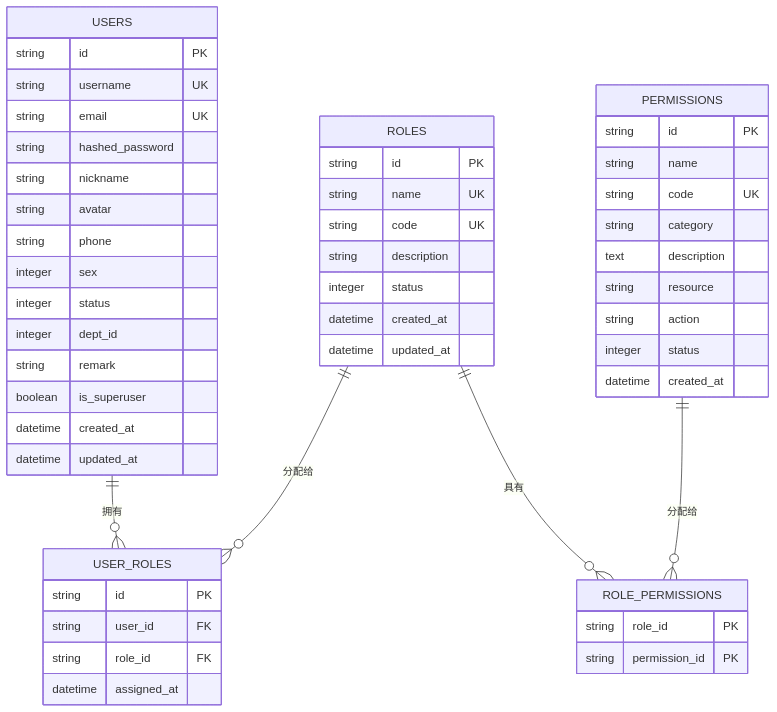
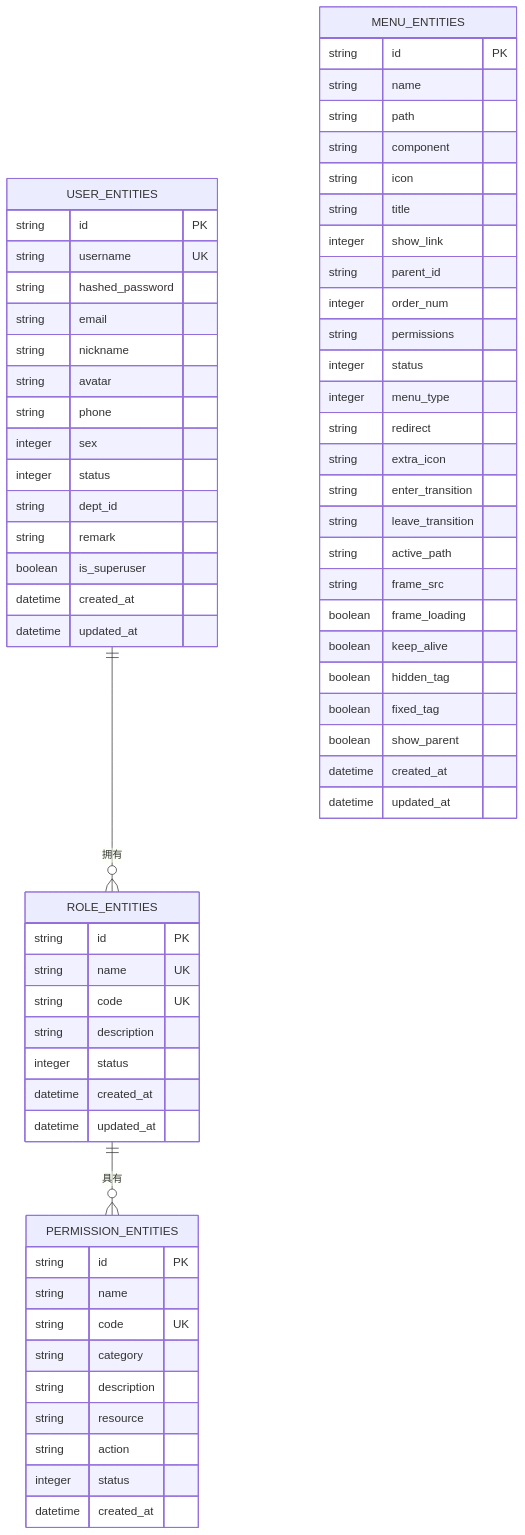
Before and after one commit to taoweidong/Hello-FastApi: the fifth of 6 diagrams in .qoder/repowiki/zh/content/用户管理系统/用户模型设计.md, drawn with Mermaid. The commit also changed other lines of this file and 18 other files, not shown here.

````diff
--- a/.qoder/repowiki/zh/content/用户管理系统/用户模型设计.md
+++ b/.qoder/repowiki/zh/content/用户管理系统/用户模型设计.md
@@ -256,53 +296,68 @@
 ```mermaid
 erDiagram
-USERS {
+USER_ENTITIES {
 string id PK
 string username UK
-string email UK
 string hashed_password
+string email
 string nickname
 string avatar
 string phone
 integer sex
 integer status
-integer dept_id
+string dept_id
 string remark
 boolean is_superuser
 datetime created_at
 datetime updated_at
 }
-ROLES {
+ROLE_ENTITIES {
 string id PK
 string name UK
 string code UK
 string description
 integer status
 datetime created_at
 datetime updated_at
 }
-PERMISSIONS {
+PERMISSION_ENTITIES {
 string id PK
 string name
 string code UK
 string category
-text description
+string description
 string resource
 string action
 integer status
 datetime created_at
 }
-USER_ROLES {
+MENU_ENTITIES {
 string id PK
-string user_id FK
-string role_id FK
-datetime assigned_at
+string name
+string path
+string component
+string icon
+string title
+integer show_link
+string parent_id
+integer order_num
+string permissions
+integer status
+integer menu_type
+string redirect
+string extra_icon
+string enter_transition
+string leave_transition
+string active_path
+string frame_src
+boolean frame_loading
+boolean keep_alive
+boolean hidden_tag
+boolean fixed_tag
+boolean show_parent
+datetime created_at
+datetime updated_at
 }
-ROLE_PERMISSIONS {
-string role_id PK
-string permission_id PK
-}
-USERS ||--o{ USER_ROLES : "拥有"
-ROLES ||--o{ USER_ROLES : "分配给"
-ROLES ||--o{ ROLE_PERMISSIONS : "具有"
-PERMISSIONS ||--o{ ROLE_PERMISSIONS : "分配给"
+USER_ENTITIES ||--o{ ROLE_ENTITIES : "拥有"
+ROLE_ENTITIES ||--o{ PERMISSION_ENTITIES : "具有"
 ```
````
